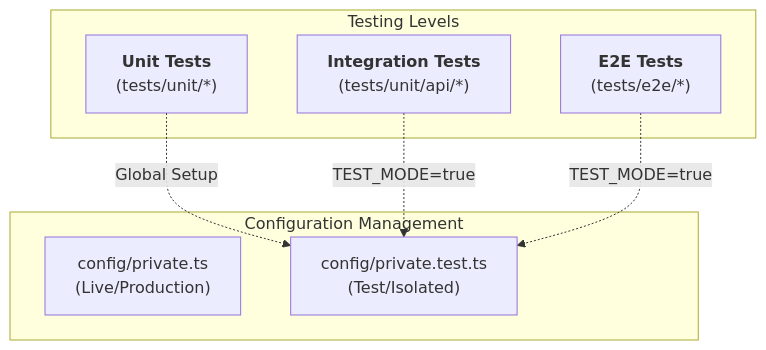
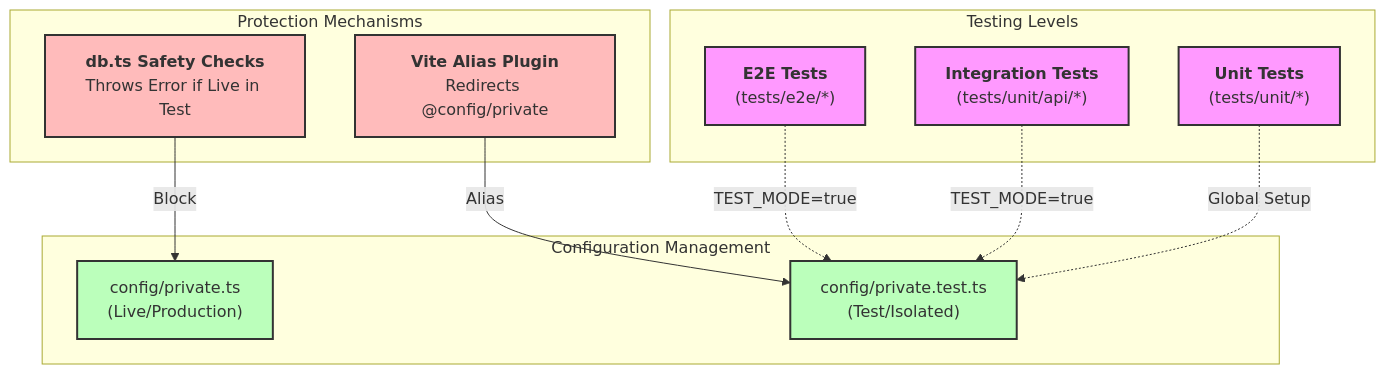
One commit to SveltyCMS/SveltyCMS changed the diagram in docs/tests/index.mdx. Above: the diagram before and after it, drawn with Mermaid. The commit also changed other lines of this file and 1049 other files, not shown here.

````diff
--- a/docs/tests/index.mdx
+++ b/docs/tests/index.mdx
@@ -155,17 +57,33 @@
 ```mermaid
 graph TD
     subgraph "Testing Levels"
         Unit["<b>Unit Tests</b><br/>(tests/unit/*)"]
         Int["<b>Integration Tests</b><br/>(tests/unit/api/*)"]
         E2E["<b>E2E Tests</b><br/>(tests/e2e/*)"]
     end
 
     subgraph "Configuration Management"
         PC["config/private.ts<br/>(Live/Production)"]
         PT["config/private.test.ts<br/>(Test/Isolated)"]
     end
 
     Unit -.-> |Global Setup| PT
     Int -.-> |TEST_MODE=true| PT
     E2E -.-> |TEST_MODE=true| PT
+
+    subgraph "Protection Mechanisms"
+        VitePlugin["<b>Vite Alias Plugin</b><br/>Redirects @config/private"]
+        DBProtection["<b>db.ts Safety Checks</b><br/>Throws Error if Live in Test"]
+    end
+
+    VitePlugin --> |Alias| PT
+    DBProtection --> |Block| PC
+
+    classDef test fill:#f9f,stroke:#333,stroke-width:2px;
+    classDef config fill:#bfb,stroke:#333,stroke-width:2px;
+    classDef protection fill:#fbb,stroke:#333,stroke-width:2px;
+
+    class Unit,Int,E2E test;
+    class PC,PT config;
+    class VitePlugin,DBProtection protection;
 ```
````
